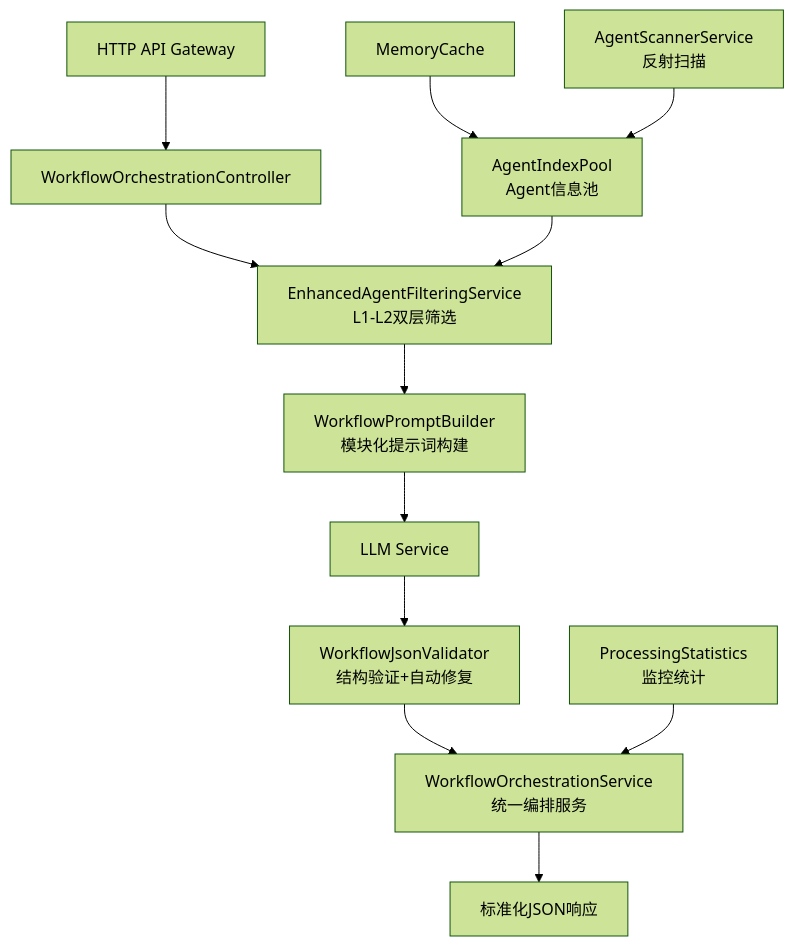
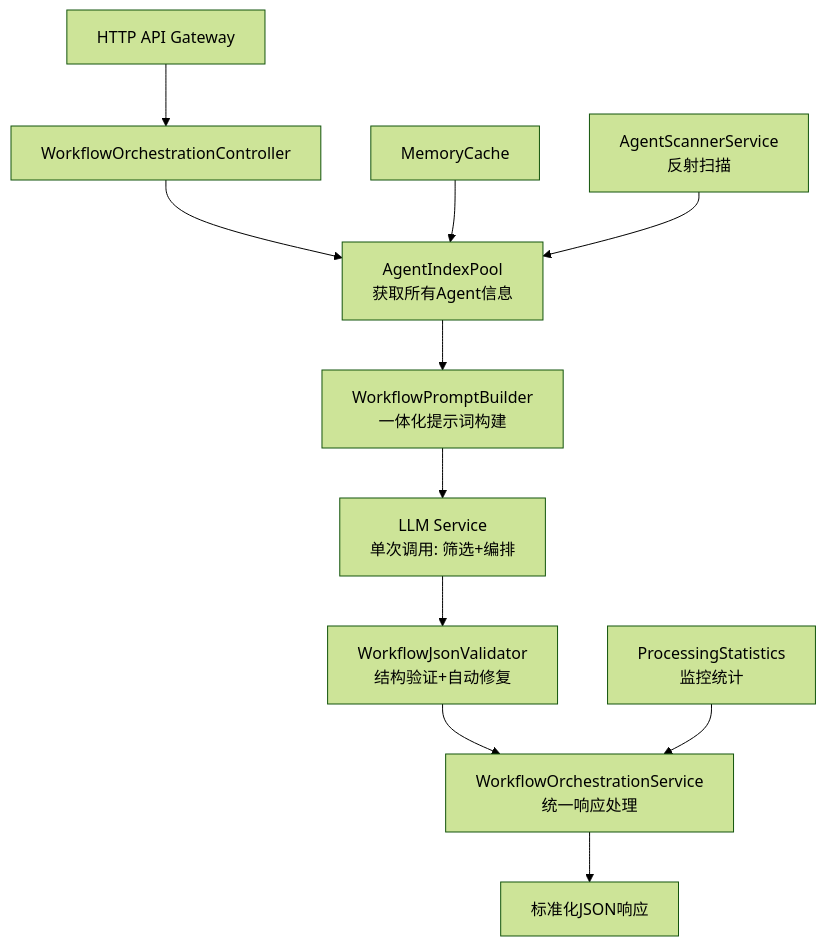
Before and after one commit to aevatarAI/aevatar-station: the diagram in station/docs/agent-workflow-orchestration-technical-design.md, drawn with Mermaid (forest theme). The commit also changed other lines of this file, not shown here.

Commit message:
Optimize technical design to single LLM call architecture - remove dual-layer filtering, simplify to one-time intelligent orchestration

````diff
--- a/station/docs/agent-workflow-orchestration-technical-design.md
+++ b/station/docs/agent-workflow-orchestration-technical-design.md
@@ -18,15 +18,14 @@
 ```mermaid
 graph TD
     A[HTTP API Gateway] --> B[WorkflowOrchestrationController]
-    B --> C[EnhancedAgentFilteringService<br/>L1-L2双层筛选]
-    C --> D[WorkflowPromptBuilder<br/>模块化提示词构建]
-    D --> E[LLM Service]
+    B --> C[AgentIndexPool<br/>获取所有Agent信息]
+    C --> D[WorkflowPromptBuilder<br/>一体化提示词构建]
+    D --> E[LLM Service<br/>单次调用: 筛选+编排]
     E --> F[WorkflowJsonValidator<br/>结构验证+自动修复]
-    F --> G[WorkflowOrchestrationService<br/>统一编排服务]
+    F --> G[WorkflowOrchestrationService<br/>统一响应处理]
     G --> H[标准化JSON响应]
     
-    I[AgentIndexPool<br/>Agent信息池] --> C
-    J[MemoryCache] --> I
-    K[AgentScannerService<br/>反射扫描] --> I
-    L[ProcessingStatistics<br/>监控统计] --> G
+    I[MemoryCache] --> C
+    J[AgentScannerService<br/>反射扫描] --> C
+    K[ProcessingStatistics<br/>监控统计] --> G
 ```
````
